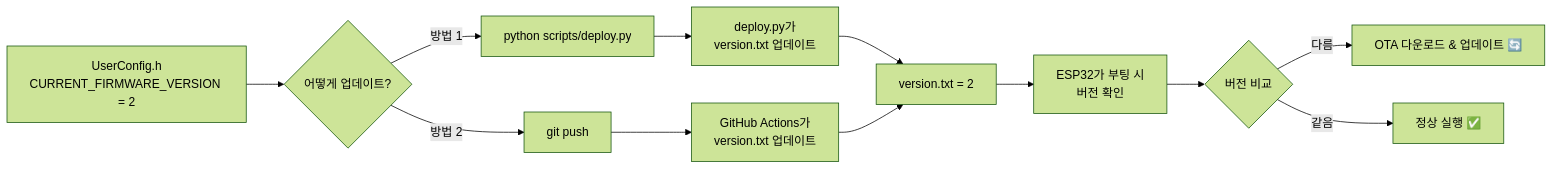
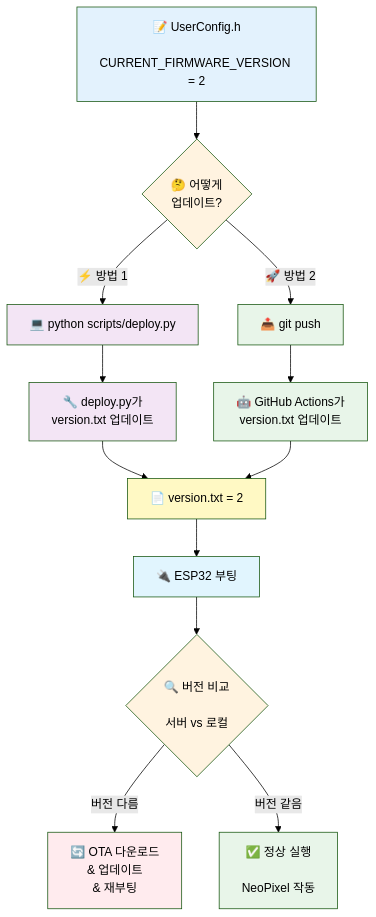
The diagram in README.md (Fuzzyline-HAS2/TTGO_update_test), drawn with Mermaid (forest theme) before and after one commit.

Commit message:
Make flowchart bigger and more colorful

````diff
--- a/README.md
+++ b/README.md
@@ -108,14 +108,34 @@
 ```mermaid
-graph LR
-    A[UserConfig.h<br/>CURRENT_FIRMWARE_VERSION = 2] --> B{어떻게 업데이트?}
-    B -->|방법 1| C[python scripts/deploy.py]
-    B -->|방법 2| D[git push]
-    C --> E[deploy.py가<br/>version.txt 업데이트]
-    D --> F[GitHub Actions가<br/>version.txt 업데이트]
-    E --> G[version.txt = 2]
+graph TB
+    A["📝 UserConfig.h<br/><br/>CURRENT_FIRMWARE_VERSION = 2"]
+    
+    A --> B{"🤔 어떻게<br/>업데이트?"}
+    
+    B -->|"⚡ 방법 1"| C["💻 python scripts/deploy.py"]
+    B -->|"🚀 방법 2"| D["📤 git push"]
+    
+    C --> E["🔧 deploy.py가<br/>version.txt 업데이트"]
+    D --> F["🤖 GitHub Actions가<br/>version.txt 업데이트"]
+    
+    E --> G["📄 version.txt = 2"]
     F --> G
-    G --> H[ESP32가 부팅 시<br/>버전 확인]
-    H --> I{버전 비교}
-    I -->|다름| J[OTA 다운로드 & 업데이트 🔄]
-    I -->|같음| K[정상 실행 ✅]
+    
+    G --> H["🔌 ESP32 부팅"]
+    
+    H --> I{"🔍 버전 비교<br/><br/>서버 vs 로컬"}
+    
+    I -->|"버전 다름"| J["🔄 OTA 다운로드<br/>& 업데이트<br/>& 재부팅"]
+    I -->|"버전 같음"| K["✅ 정상 실행<br/><br/>NeoPixel 작동"]
+    
+    style A fill:#e3f2fd
+    style B fill:#fff3e0
+    style C fill:#f3e5f5
+    style D fill:#e8f5e9
+    style E fill:#f3e5f5
+    style F fill:#e8f5e9
+    style G fill:#fff9c4
+    style H fill:#e1f5fe
+    style I fill:#fff3e0
+    style J fill:#ffebee
+    style K fill:#e8f5e9
 ```
````
